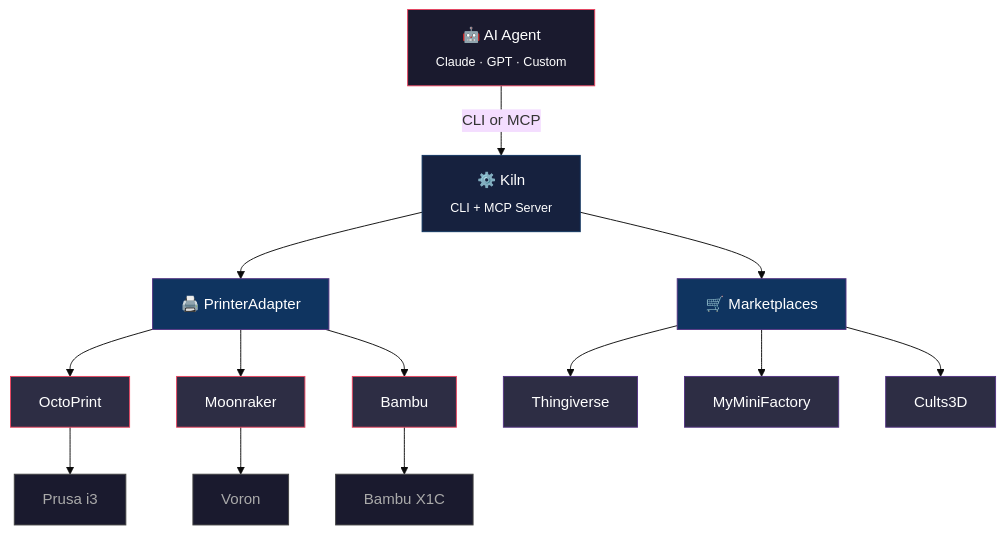
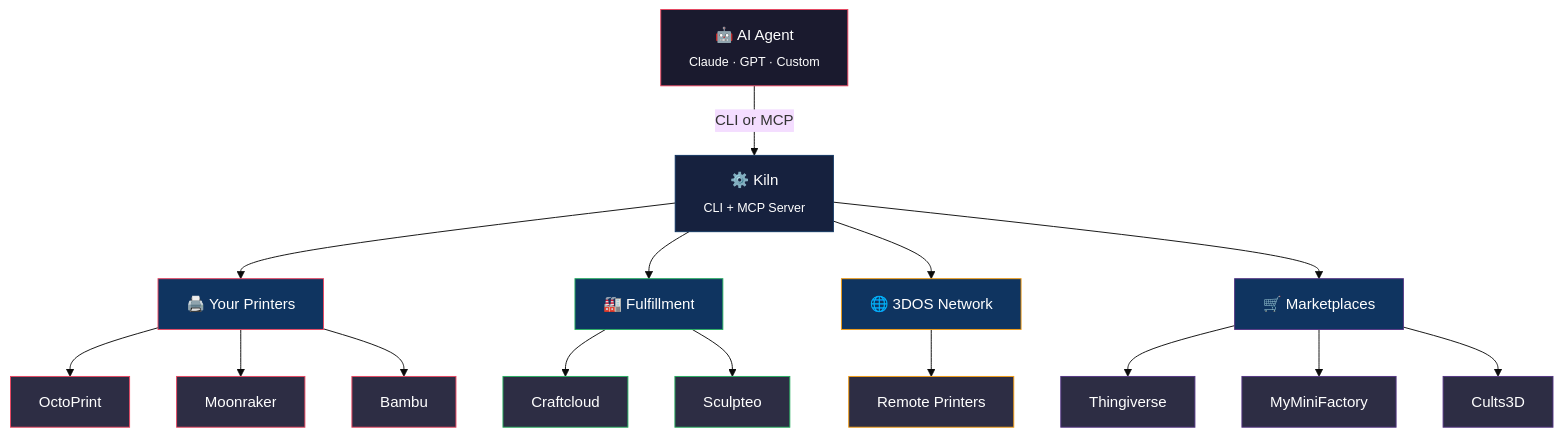
Before and after one commit to codeofaxel/Kiln: the diagram in README.md, drawn with Mermaid (base theme). The commit also changed other lines of this file and 4 other files, not shown here.

````diff
--- a/README.md
+++ b/README.md
@@ -26,34 +36,39 @@
 ```mermaid
 graph TD
     A["🤖 AI Agent<br/><sub>Claude · GPT · Custom</sub>"]
     A -->|"CLI or MCP"| B["⚙️ Kiln<br/><sub>CLI + MCP Server</sub>"]
 
-    B --> C["🖨️ PrinterAdapter"]
+    B --> C["🖨️ Your Printers"]
+    B --> F["🏭 Fulfillment"]
+    B --> N["🌐 3DOS Network"]
     B --> D["🛒 Marketplaces"]
 
-    C --> E["OctoPrint"]
-    C --> F["Moonraker"]
-    C --> G["Bambu"]
+    C --> E1["OctoPrint"]
+    C --> E2["Moonraker"]
+    C --> E3["Bambu"]
+
+    F --> F1["Craftcloud"]
+    F --> F2["Sculpteo"]
+
+    N --> N1["Remote Printers"]
 
     D --> H["Thingiverse"]
     D --> I["MyMiniFactory"]
     D --> J["Cults3D"]
 
-    E --> K["Prusa i3"]
-    F --> L["Voron"]
-    G --> M["Bambu X1C"]
-
     style A fill:#1a1a2e,stroke:#e94560,color:#fff
     style B fill:#16213e,stroke:#0f3460,color:#fff
-    style C fill:#0f3460,stroke:#533483,color:#fff
+    style C fill:#0f3460,stroke:#e94560,color:#fff
+    style F fill:#0f3460,stroke:#27ae60,color:#fff
+    style N fill:#0f3460,stroke:#f39c12,color:#fff
     style D fill:#0f3460,stroke:#533483,color:#fff
-    style E fill:#2d2d44,stroke:#e94560,color:#fff
-    style F fill:#2d2d44,stroke:#e94560,color:#fff
-    style G fill:#2d2d44,stroke:#e94560,color:#fff
+    style E1 fill:#2d2d44,stroke:#e94560,color:#fff
+    style E2 fill:#2d2d44,stroke:#e94560,color:#fff
+    style E3 fill:#2d2d44,stroke:#e94560,color:#fff
+    style F1 fill:#2d2d44,stroke:#27ae60,color:#fff
+    style F2 fill:#2d2d44,stroke:#27ae60,color:#fff
+    style N1 fill:#2d2d44,stroke:#f39c12,color:#fff
     style H fill:#2d2d44,stroke:#533483,color:#fff
     style I fill:#2d2d44,stroke:#533483,color:#fff
     style J fill:#2d2d44,stroke:#533483,color:#fff
-    style K fill:#1a1a2e,stroke:#444,color:#aaa
-    style L fill:#1a1a2e,stroke:#444,color:#aaa
-    style M fill:#1a1a2e,stroke:#444,color:#aaa
 ```
````
